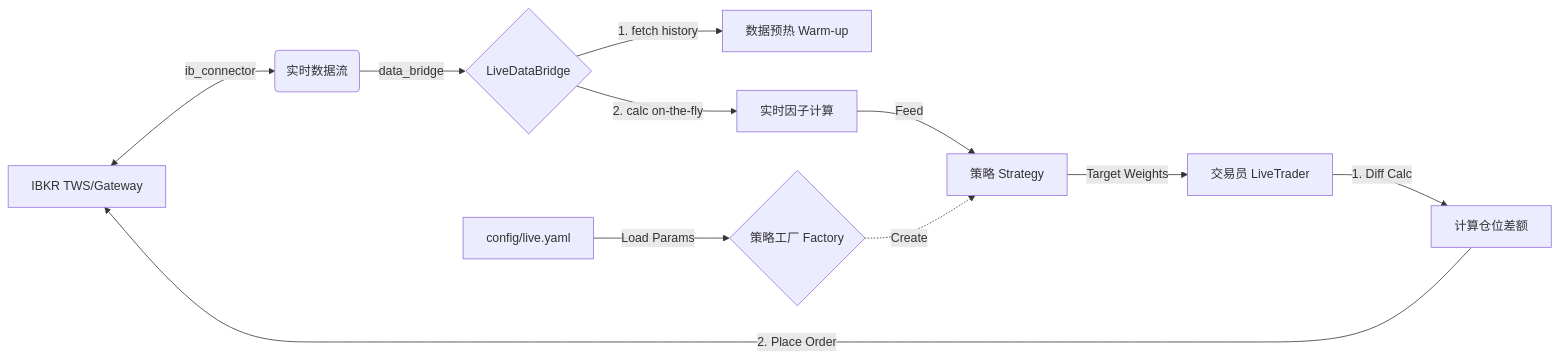
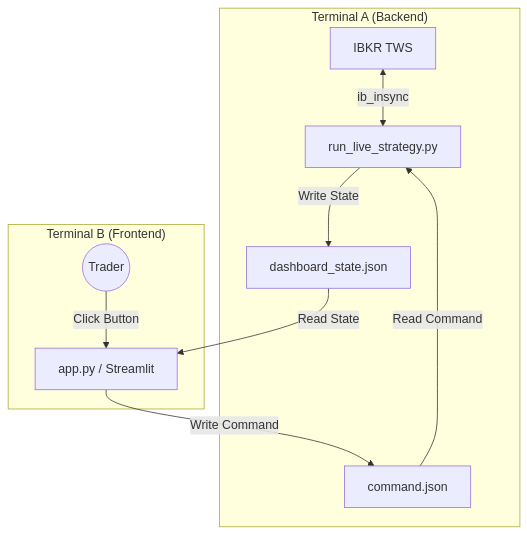
Before and after one commit to ericwang0321/Multi-Factor-Backtester: the second of 2 diagrams in README.md, drawn with Mermaid. The commit also changed other lines of this file, not shown here.

````diff
--- a/README.md
+++ b/README.md
@@ -52,14 +58,15 @@
 ```mermaid
-graph LR
-    A[IBKR TWS/Gateway] <-->|ib_connector| B(实时数据流)
-    B -->|data_bridge| C{LiveDataBridge}
-    C -- 1. fetch history --> D[数据预热 Warm-up]
-    C -- 2. calc on-the-fly --> E[实时因子计算]
-    Config[config/live.yaml] -->|Load Params| Fact{策略工厂 Factory}
-    Fact -.->|Create| F[策略 Strategy]
-    E -->|Feed| F
-    F -->|Target Weights| G[交易员 LiveTrader]
-    G -- 1. Diff Calc --> H[计算仓位差额]
-    H -- 2. Place Order --> A
+graph TD
+    subgraph "Terminal A (Backend)"
+        TWS[IBKR TWS] <-->|ib_insync| Worker[run_live_strategy.py]
+        Worker -->|Write State| JSON[dashboard_state.json]
+        CMD[command.json] -->|Read Command| Worker
+    end
+
+    subgraph "Terminal B (Frontend)"
+        JSON -->|Read State| App[app.py / Streamlit]
+        User((Trader)) -->|Click Button| App
+        App -->|Write Command| CMD
+    end
 
 ```
````
